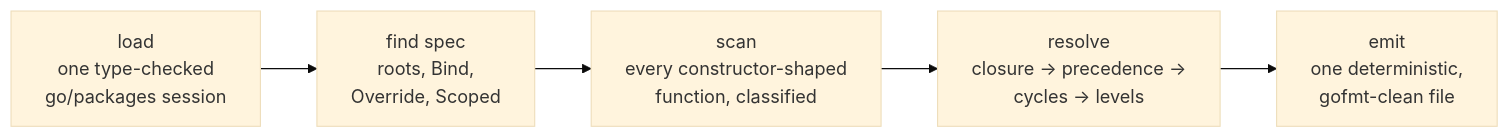
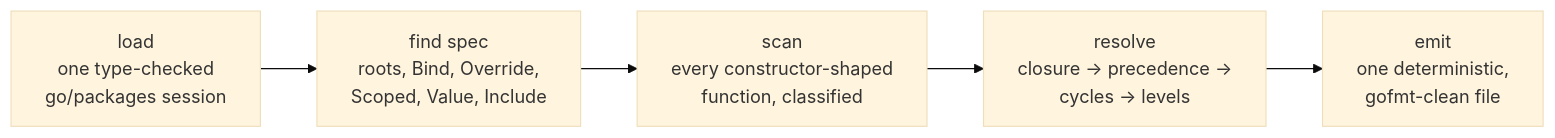
One commit to okian/servo changed the first of 2 diagrams in docs/index.md. Above: the diagram before and after it, drawn with Mermaid (base theme). The commit also changed 79 other files, not shown here.

````diff
--- a/docs/index.md
+++ b/docs/index.md
@@ -7,10 +7,10 @@
 ```mermaid
 flowchart LR
     L["load<br/>one type-checked<br/>go/packages session"]
-    F["find spec<br/>roots, Bind,<br/>Override, Scoped"]
+    F["find spec<br/>roots, Bind, Override,<br/>Scoped, Value, Include"]
     S["scan<br/>every constructor-shaped<br/>function, classified"]
     R["resolve<br/>closure → precedence →<br/>cycles → levels"]
     E["emit<br/>one deterministic,<br/>gofmt-clean file"]
 
     L --> F --> S --> R --> E
 ```
````
